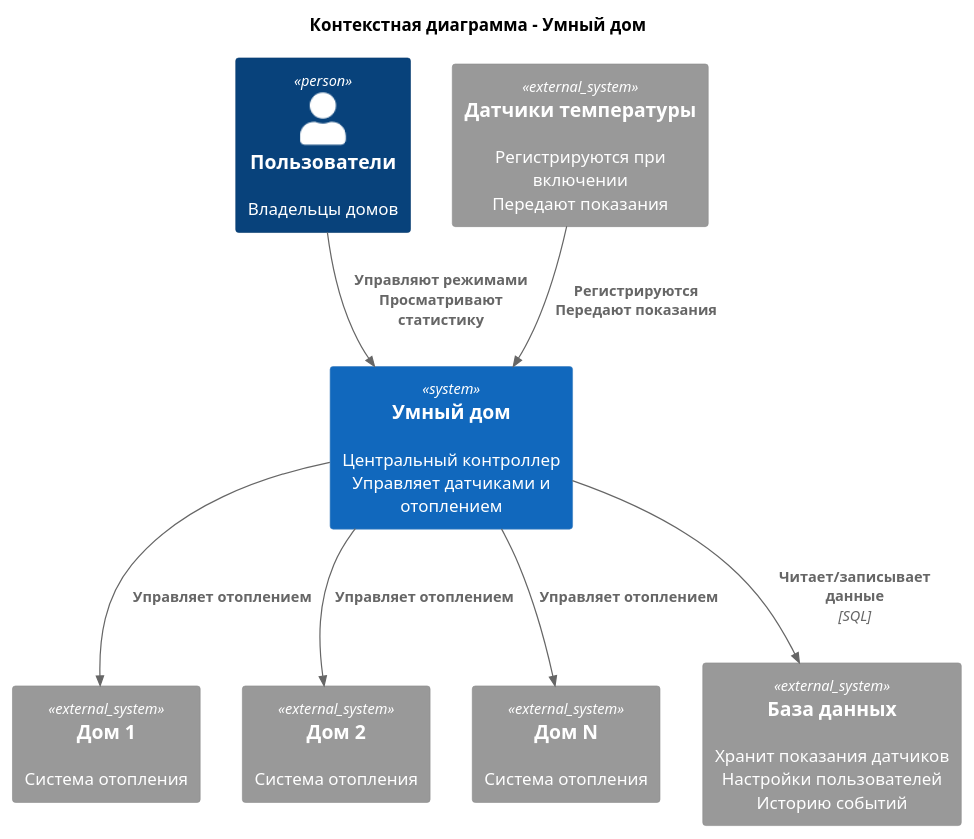
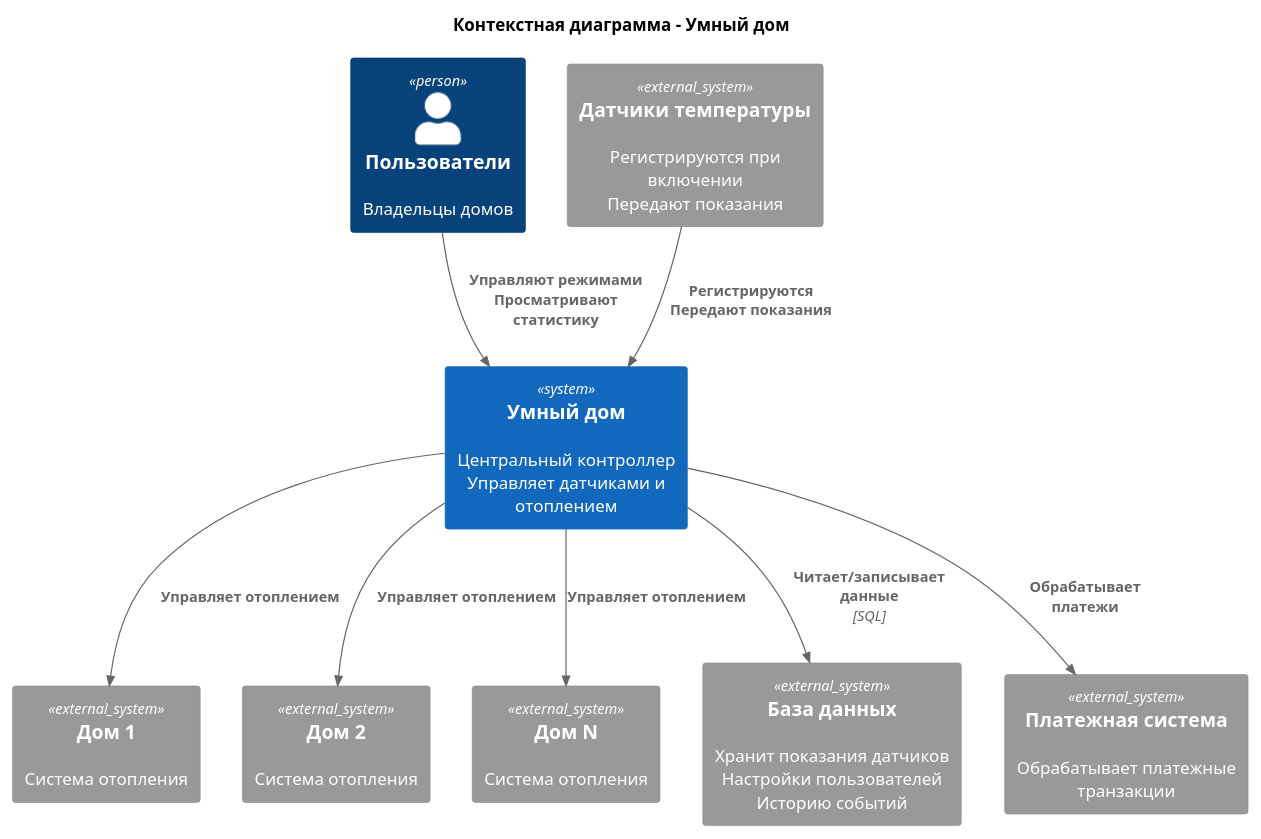
Before and after one commit to sproggi/architecture-warmhouse: the diagram in current_smart_home_uml.puml, drawn with PlantUML.

Commit message:
+ Добавил платежи в uml.

```diff
--- a/current_smart_home_uml.puml
+++ b/current_smart_home_uml.puml
@@ -1,29 +1,26 @@
 @startuml smart_home
 !include ./c4_templates/C4_Context.puml
 
 title Контекстная диаграмма - Умный дом
 
 Person(users, "Пользователи", "Владельцы домов")
 
 System_Ext(house1, "Дом 1", "Система отопления")
 System_Ext(house2, "Дом 2", "Система отопления")
 System_Ext(houseN, "Дом N", "Система отопления")
-
 System_Ext(sensors, "Датчики температуры", "Регистрируются при включении\nПередают показания")
-
+System_Ext(db, "База данных", "Хранит показания датчиков\nНастройки пользователей\nИсторию событий")
+System_Ext(payments, "Платежная система", "Обрабатывает платежные транзакции")
 
 System(smart_home, "Умный дом", "Центральный контроллер\nУправляет датчиками и отоплением")
 
-System_Ext(db, "База данных", "Хранит показания датчиков\nНастройки пользователей\nИсторию событий")
-
 Rel(users, smart_home, "Управляют режимами\nПросматривают статистику")
-
 Rel(smart_home, house1, "Управляет отоплением")
 Rel(smart_home, house2, "Управляет отоплением")
 Rel(smart_home, houseN, "Управляет отоплением")
+Rel(sensors, smart_home, "Регистрируются\nПередают показания")
+Rel(smart_home, db, "Читает/записывает данные", "SQL")
+Rel(smart_home, payments, "Обрабатывает платежи")
 
-Rel(sensors, smart_home, "Регистрируются\nПередают показания")
-
-Rel(smart_home, db, "Читает/записывает данные", "SQL")
 
 @enduml
```
